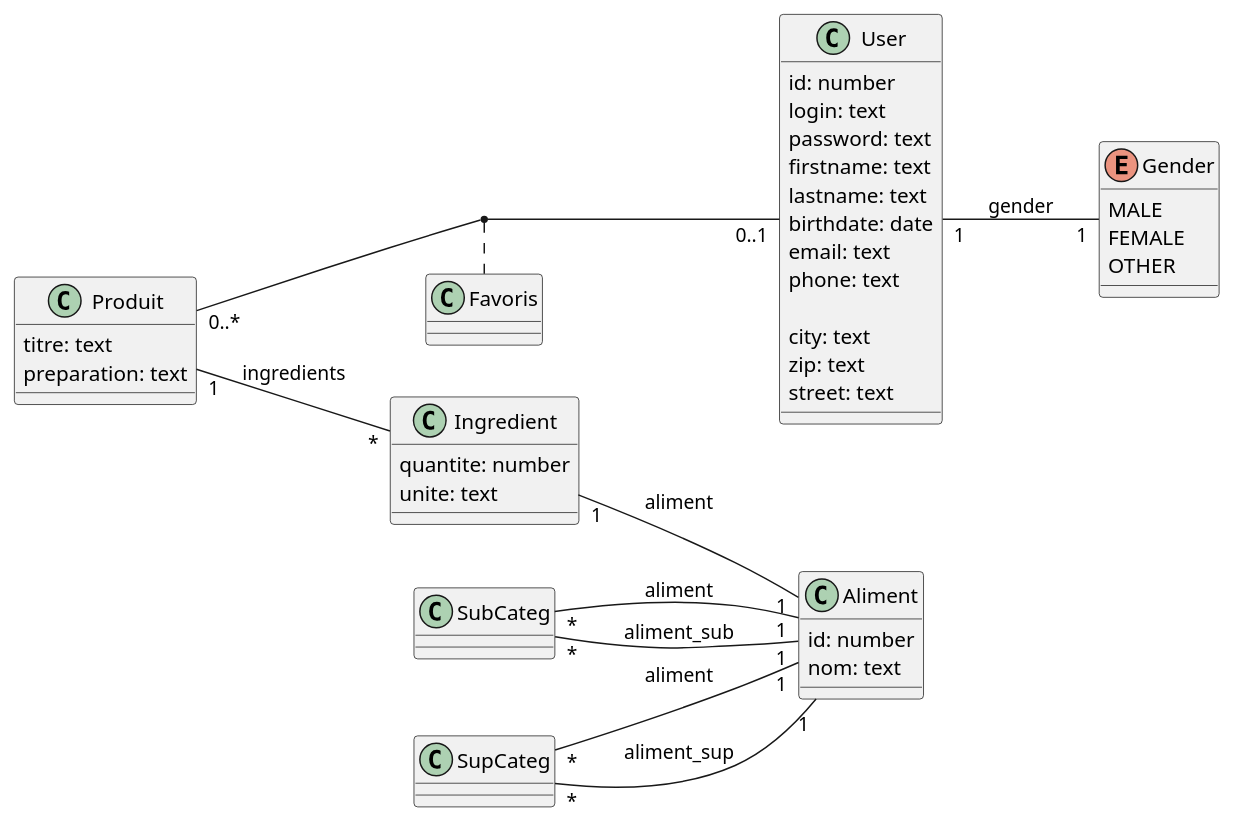
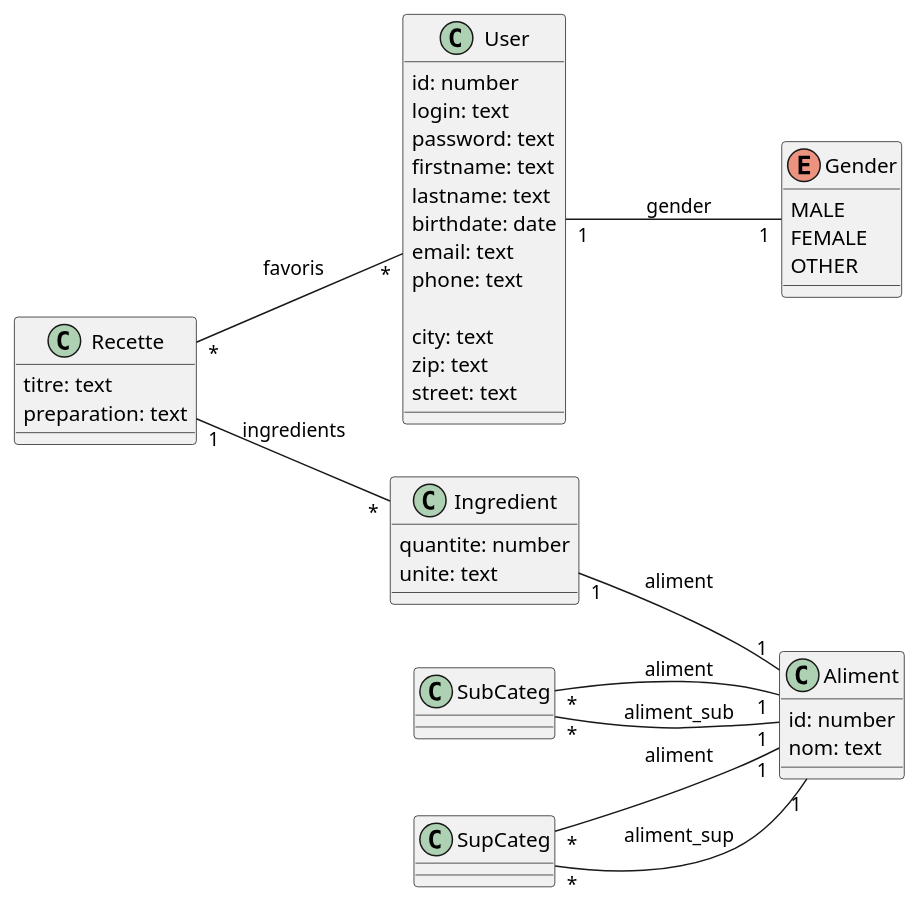
One commit to ActxLeToucan/fst_l3_web_projet_boissons changed the diagram in conception/bdd.puml. Above: the diagram before and after it, drawn with PlantUML. The commit also changed 1 other file, not shown here.

Commit message:
Edited diagram+ exported

```diff
--- a/conception/bdd.puml
+++ b/conception/bdd.puml
@@ -1,60 +1,59 @@
 @startuml
 
 left to right direction
 
 enum Gender {
     MALE
     FEMALE
     OTHER
 }
 
 class User {
     id: number
     login: text
     password: text
     firstname: text
     lastname: text
     birthdate: date
     email: text
     phone: text
 
     ' ADRESSE '
     city: text
     zip: text
     street: text
 }
 User "1" -- "1" Gender: gender
 
-class Produit {
+class Recette {
     titre: text
     preparation: text
 }
-Produit "1" -- "*" Ingredient: ingredients
+Recette "1" -- "*" Ingredient: ingredients
 
 class Ingredient {
     quantite: number
     unite: text
 }
 Ingredient "1" -- "1" Aliment: aliment
 
 class Aliment {
     id: number
     nom: text
 }
 
 class SubCateg {
 
 }
 SubCateg "*" -- "1" Aliment: aliment
 SubCateg "*" -- "1" Aliment: aliment_sub
 
 class SupCateg {
 
 }
 SupCateg "*" -- "1" Aliment: aliment
 SupCateg "*" -- "1" Aliment: aliment_sup
 
-Produit "0..*" -- "0..1" User
-(Produit, User) .. Favoris
+Recette "*" -- "*" User: favoris
 
 @enduml
```
